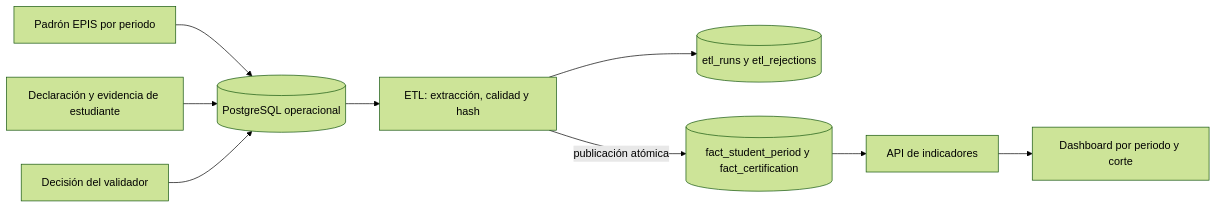
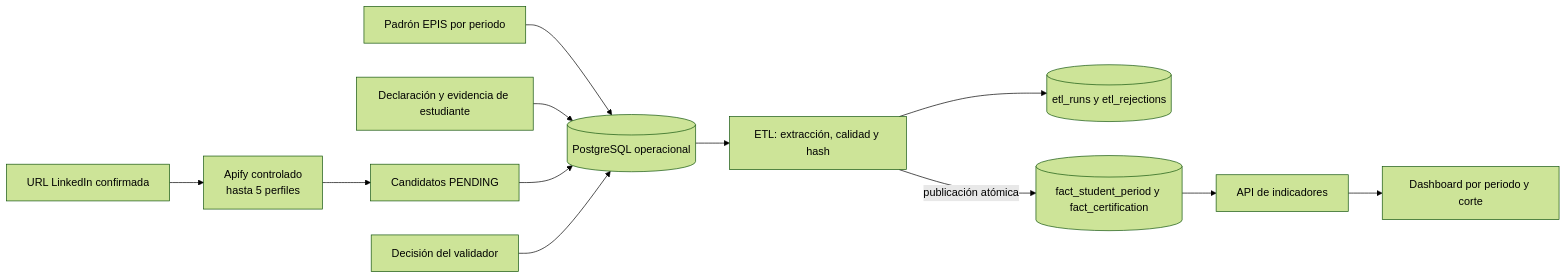
Before and after one commit to Kiara1616/pulse-epis: the second of 3 diagrams in docs/proyecto/26-Arquitectura-Data-Warehouse.md, drawn with Mermaid (forest theme). The commit also changed other lines of this file and 25 other files, not shown here.

````diff
--- a/docs/proyecto/26-Arquitectura-Data-Warehouse.md
+++ b/docs/proyecto/26-Arquitectura-Data-Warehouse.md
@@ -24,11 +24,13 @@
 ```mermaid
 flowchart LR
     R[Padrón EPIS por periodo] --> O[(PostgreSQL operacional)]
     C[Declaración y evidencia de estudiante] --> O
+    LI[URL LinkedIn confirmada] --> AP[Apify controlado<br/>hasta 5 perfiles]
+    AP --> PC[Candidatos PENDING] --> O
     V[Decisión del validador] --> O
     O --> E[ETL: extracción, calidad y hash]
     E --> L[(etl_runs y etl_rejections)]
     E -->|publicación atómica| F[(fact_student_period y fact_certification)]
     F --> A[API de indicadores]
     A --> D[Dashboard por periodo y corte]
 ```
````
